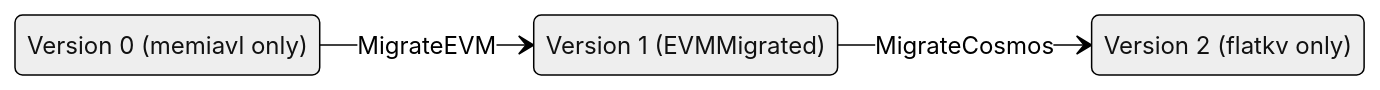
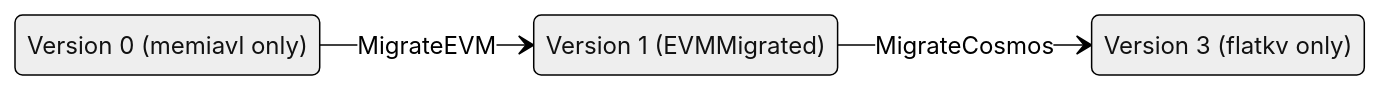
The first of 2 diagrams in sei-db/state_db/sc/migration/README.md (sei-protocol/sei-chain), drawn with Mermaid (neutral theme) before and after one commit. The commit also changed other lines of this file and 11 other files, not shown here.

First line of the commit message:
Keep flatkv_only at migration version 3 and leave version 2 unassigned

````diff
--- a/sei-db/state_db/sc/migration/README.md
+++ b/sei-db/state_db/sc/migration/README.md
@@ -7,9 +7,9 @@
 ```mermaid
 stateDiagram-v2
     direction LR
     v0: Version 0 (memiavl only)
     v1: Version 1 (EVMMigrated)
-    v2: Version 2 (flatkv only)
+    v3: Version 3 (flatkv only)
     v0 --> v1: MigrateEVM
-    v1 --> v2: MigrateCosmos
+    v1 --> v3: MigrateCosmos
 ```
````
